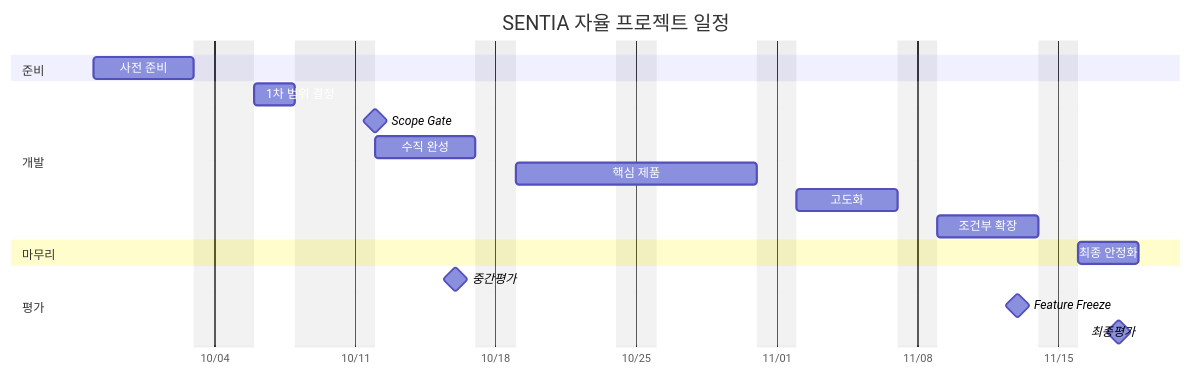
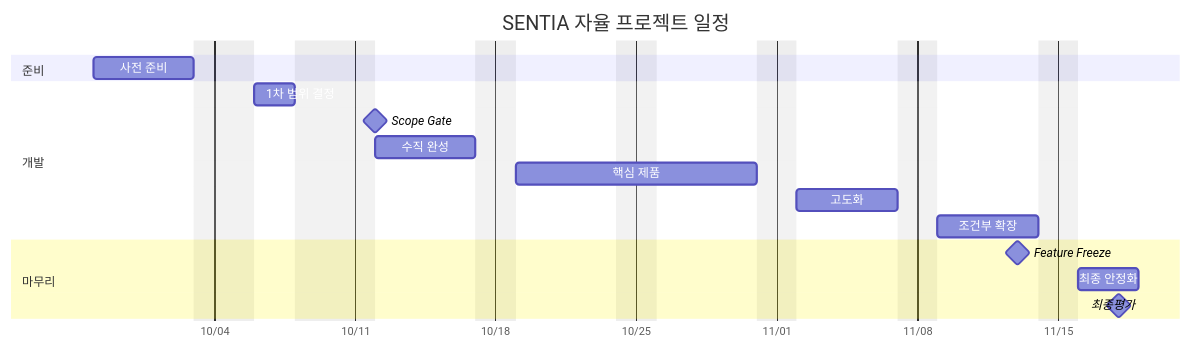
Before and after one commit to colosair/sentia-planning: the diagram in docs/04-scope-and-plan.md, drawn with Mermaid. The commit also changed other lines of this file, not shown here.

````diff
--- a/docs/04-scope-and-plan.md
+++ b/docs/04-scope-and-plan.md
@@ -247,22 +359,23 @@
-```mermaid
+~~~mermaid
 gantt
     title SENTIA 자율 프로젝트 일정
     dateFormat YYYY-MM-DD
     axisFormat %m/%d
     excludes weekends, 2026-10-05, 2026-10-08, 2026-10-09
+
     section 준비
     사전 준비          :prep, 2026-09-28, 5d
+
     section 개발
     1차 범위 결정      :scope, 2026-10-06, 2d
     Scope Gate         :milestone, sg, 2026-10-12, 0d
     수직 완성          :slice, 2026-10-12, 5d
     핵심 제품          :core, 2026-10-19, 10d
     고도화             :adv, 2026-11-02, 5d
     조건부 확장        :ext, 2026-11-09, 5d
+
     section 마무리
+    Feature Freeze     :milestone, ff, 2026-11-13, 0d
     최종 안정화        :stab, 2026-11-16, 3d
-    section 평가
-    중간평가           :milestone, m1, 2026-10-16, 0d
-    Feature Freeze     :milestone, m2, 2026-11-13, 0d
-    최종평가           :milestone, m3, 2026-11-18, 0d
-```
+    최종평가           :milestone, final, 2026-11-18, 0d
+~~~
````
